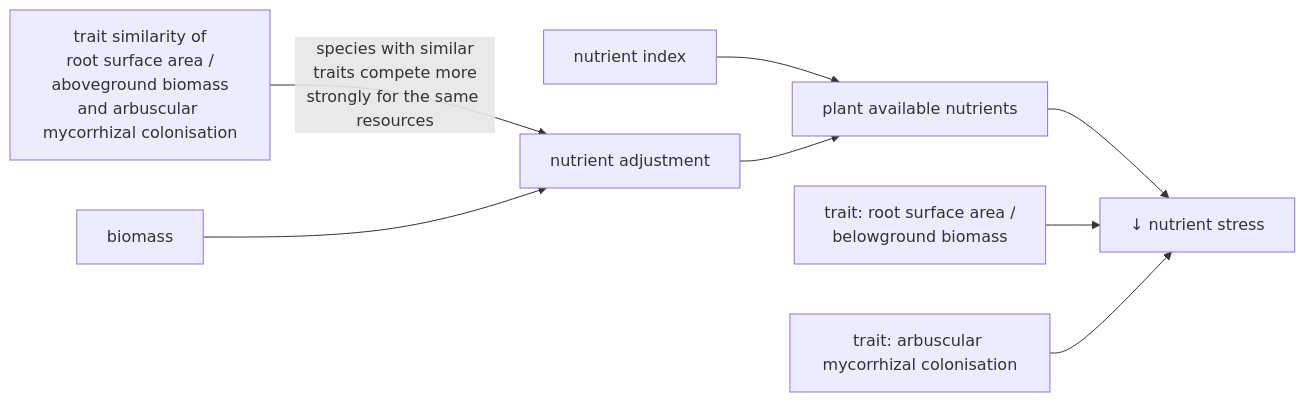
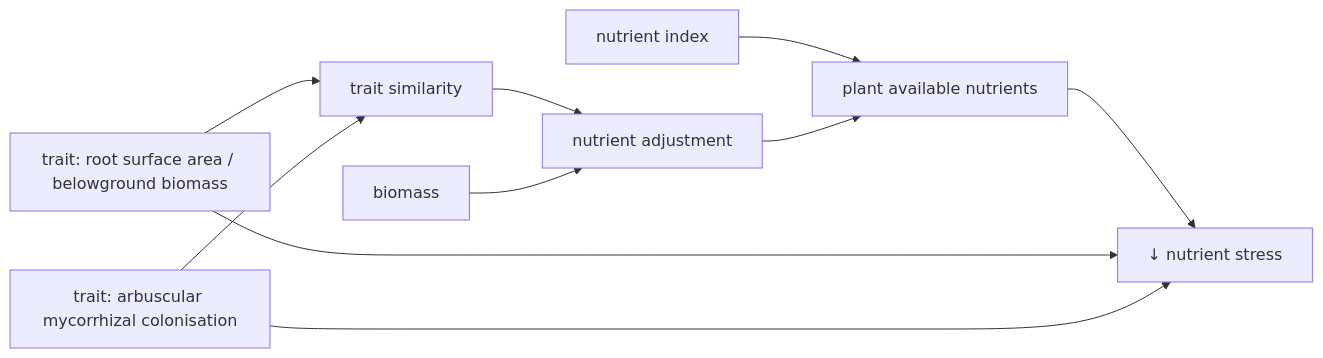
Before and after one commit to FelixNoessler/GrasslandTraitSim.jl: the diagram in docs/src/model/plant/growth_species_specific_nutrients.md, drawn with Mermaid. The commit also changed other lines of this file and 6 other files, not shown here.

````diff
--- a/docs/src/model/plant/growth_species_specific_nutrients.md
+++ b/docs/src/model/plant/growth_species_specific_nutrients.md
@@ -20,22 +20,21 @@
 ```mermaid
 flowchart LR
     S[↓ nutrient stress] 
     N[nutrient index]
-    R[trait: root surface area /\n belowground biomass]
+    R[trait: root surface area / belowground biomass]
     A[trait: arbuscular mycorrhizal colonisation]
     K[nutrient adjustment]
     L[plant available nutrients]
-
+    B[biomass] 
+    T[trait similarity]
+    
     N --> L
     K --> L
     L --> S
     R --> S
-    A --> S;
-
-    B[biomass] 
-    T[trait similarity of\n root surface area / aboveground biomass\nand arbuscular mycorrhizal colonisation]
-
-
-    T -->|species with similar\ntraits compete more\nstrongly for the same resources| K
-    B --> K;
+    R --> T
+    A --> S
+    A --> T
+    T --> K
+    B --> K
 ```
````
